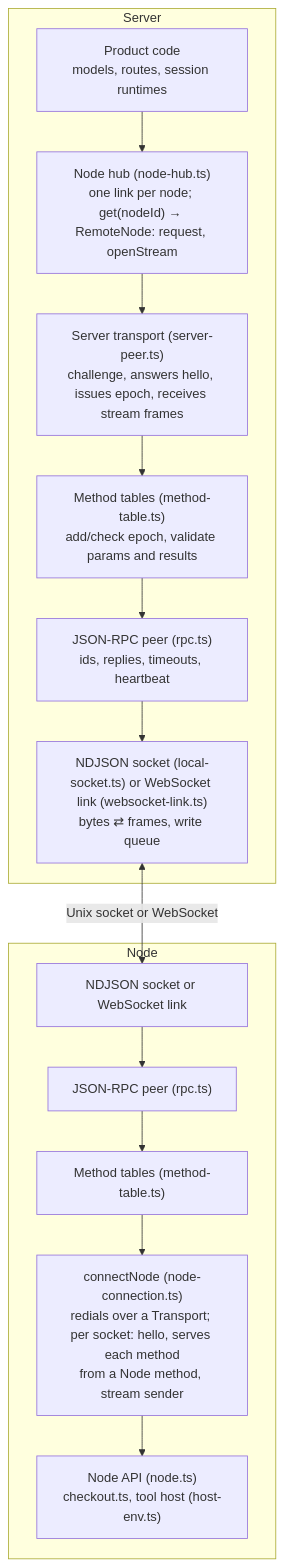
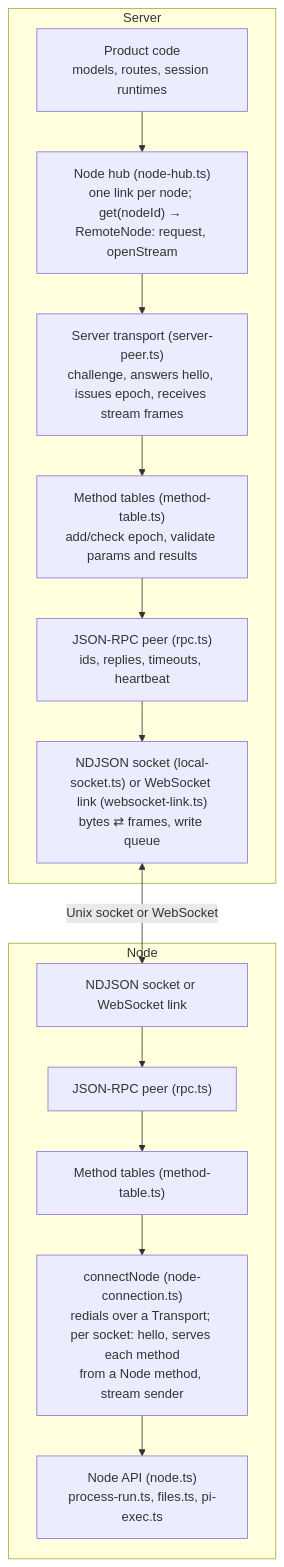
Before and after one commit to willtcarey/reins: the second of 9 diagrams in docs/dev/node-transport.md, drawn with Mermaid. The commit also changed other lines of this file and 56 other files, not shown here.

````diff
--- a/docs/dev/node-transport.md
+++ b/docs/dev/node-transport.md
@@ -70,21 +70,21 @@
 ```mermaid
 graph TB
     subgraph "Server"
         S5["Product code<br/>models, routes, session runtimes"]
         S4["Node hub (node-hub.ts)<br/>one link per node; get(nodeId) → RemoteNode: request, openStream"]
         S3["Server transport (server-peer.ts)<br/>challenge, answers hello, issues epoch, receives stream frames"]
         S2["Method tables (method-table.ts)<br/>add/check epoch, validate params and results"]
         S1["JSON-RPC peer (rpc.ts)<br/>ids, replies, timeouts, heartbeat"]
         S0["NDJSON socket (local-socket.ts) or WebSocket link (websocket-link.ts)<br/>bytes ⇄ frames, write queue"]
         S5 --> S4 --> S3 --> S2 --> S1 --> S0
     end
     subgraph "Node"
         N0["NDJSON socket or WebSocket link"]
         N1["JSON-RPC peer (rpc.ts)"]
         N2["Method tables (method-table.ts)"]
         N3["connectNode (node-connection.ts)<br/>redials over a Transport; per socket: hello, serves each method<br/>from a Node method, stream sender"]
-        N4["Node API (node.ts)<br/>checkout.ts, tool host (host-env.ts)"]
+        N4["Node API (node.ts)<br/>process-run.ts, files.ts, pi-exec.ts"]
         N0 --> N1 --> N2 --> N3 --> N4
     end
     S0 <-->|Unix socket or WebSocket| N0
 ```
````
